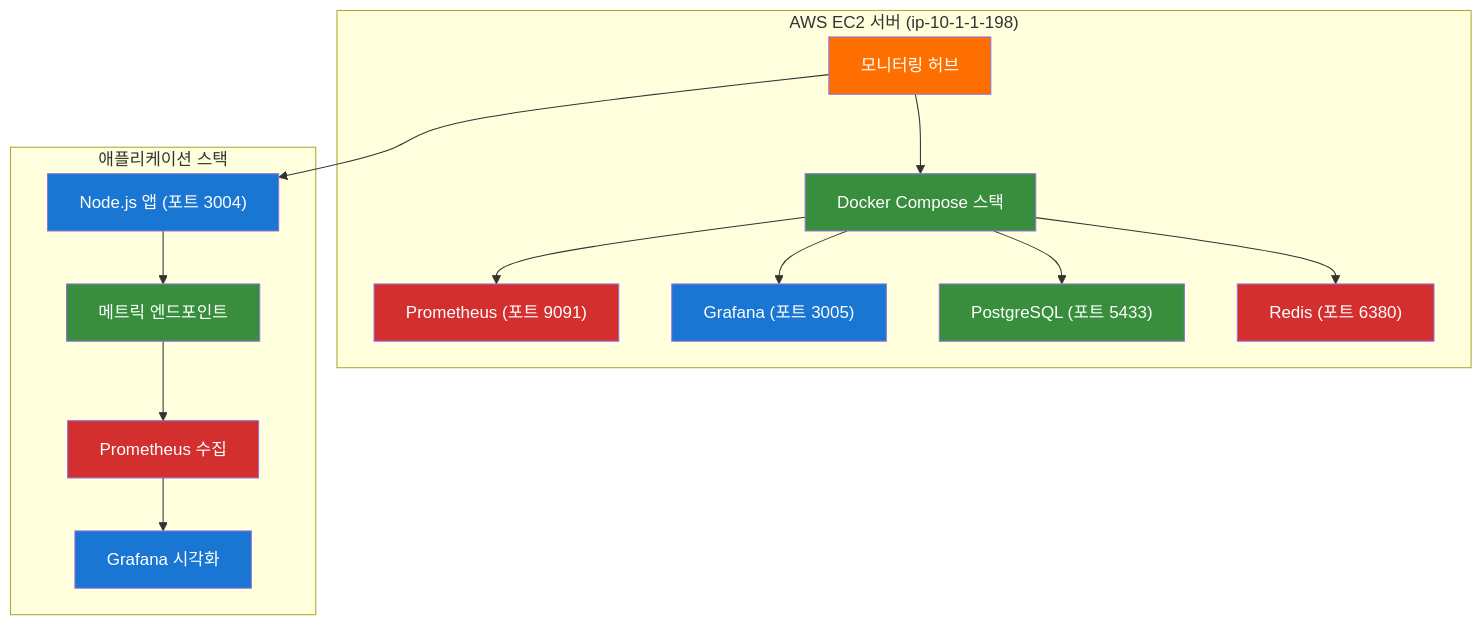
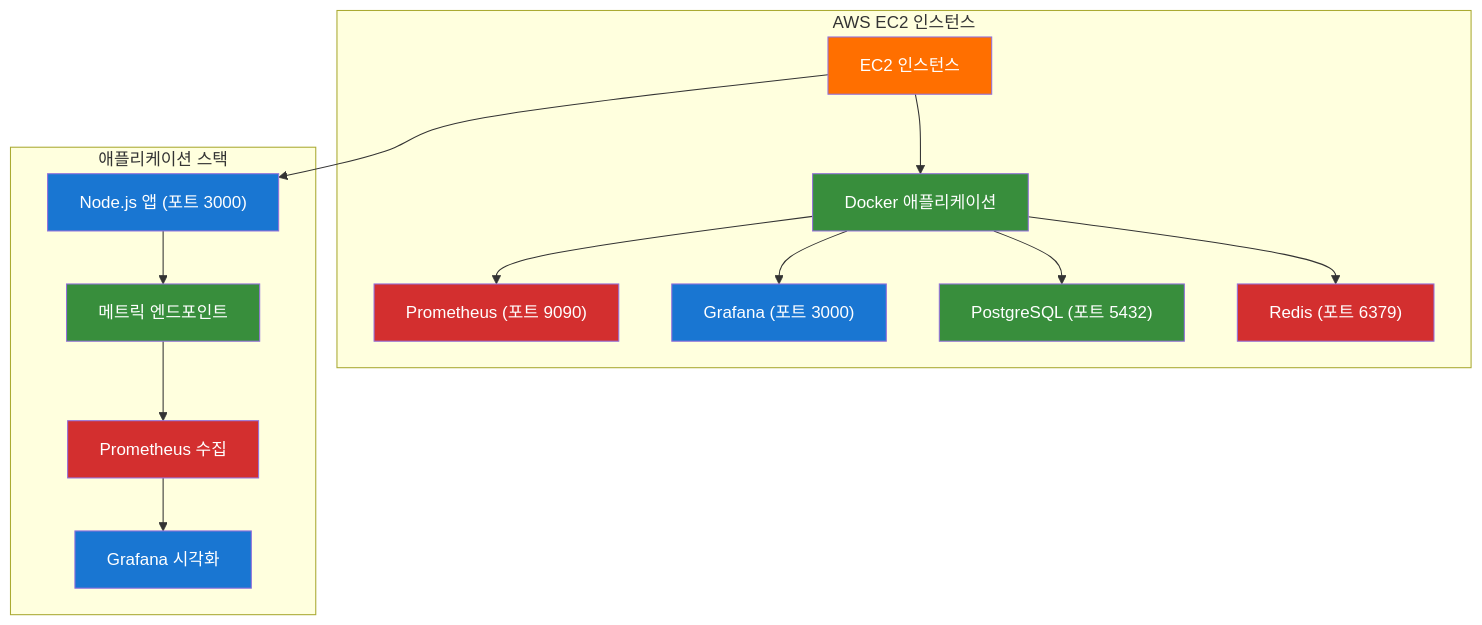
The second of 9 diagrams in mcp_knowledge_base/cloud_intermediate/lectures/day2/Day2_통합강의안_오후.md (jungfrau70/mcp_cloud), drawn with Mermaid before and after one commit. The commit also changed other lines of this file and 27 other files, not shown here.

Commit message:
Update: 2025-10-01 06:17:00 - mcp_knowledge_base/.cursor/rules/automation-architecture.mdc and 27 more files

````diff
--- a/mcp_knowledge_base/cloud_intermediate/lectures/day2/Day2_통합강의안_오후.md
+++ b/mcp_knowledge_base/cloud_intermediate/lectures/day2/Day2_통합강의안_오후.md
@@ -65,29 +65,29 @@
 ```mermaid
 flowchart TD
-    subgraph "AWS EC2 서버 (ip-10-1-1-198)"
-        A["모니터링 허브"] --> B["Docker Compose 스택"]
-        B --> C["Prometheus (포트 9091)"]
-        B --> D["Grafana (포트 3005)"]
-        B --> E["PostgreSQL (포트 5433)"]
-        B --> F["Redis (포트 6380)"]
+    subgraph "AWS EC2 인스턴스"
+        A["EC2 인스턴스"] --> B["Docker 애플리케이션"]
+        B --> C["Prometheus (포트 9090)"]
+        B --> D["Grafana (포트 3000)"]
+        B --> E["PostgreSQL (포트 5432)"]
+        B --> F["Redis (포트 6379)"]
     end
     
     subgraph "애플리케이션 스택"
-        G["Node.js 앱 (포트 3004)"] --> H["메트릭 엔드포인트"]
+        G["Node.js 앱 (포트 3000)"] --> H["메트릭 엔드포인트"]
         H --> I["Prometheus 수집"]
         I --> J["Grafana 시각화"]
     end
     
     A --> G
     
     style A fill:#ff6f00,color:#ffffff
     style B fill:#388e3c,color:#ffffff
     style C fill:#d32f2f,color:#ffffff
     style D fill:#1976d2,color:#ffffff
     style E fill:#388e3c,color:#ffffff
     style F fill:#d32f2f,color:#ffffff
     style G fill:#1976d2,color:#ffffff
     style H fill:#388e3c,color:#ffffff
     style I fill:#d32f2f,color:#ffffff
     style J fill:#1976d2,color:#ffffff
 ```
````
